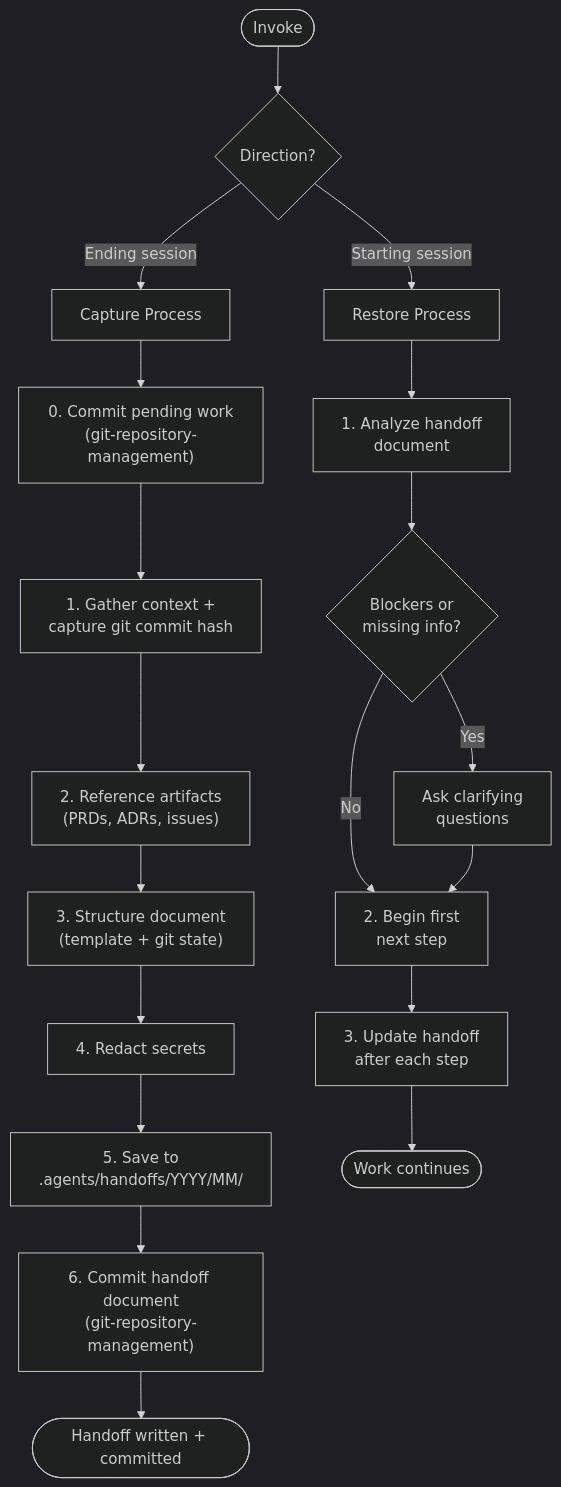
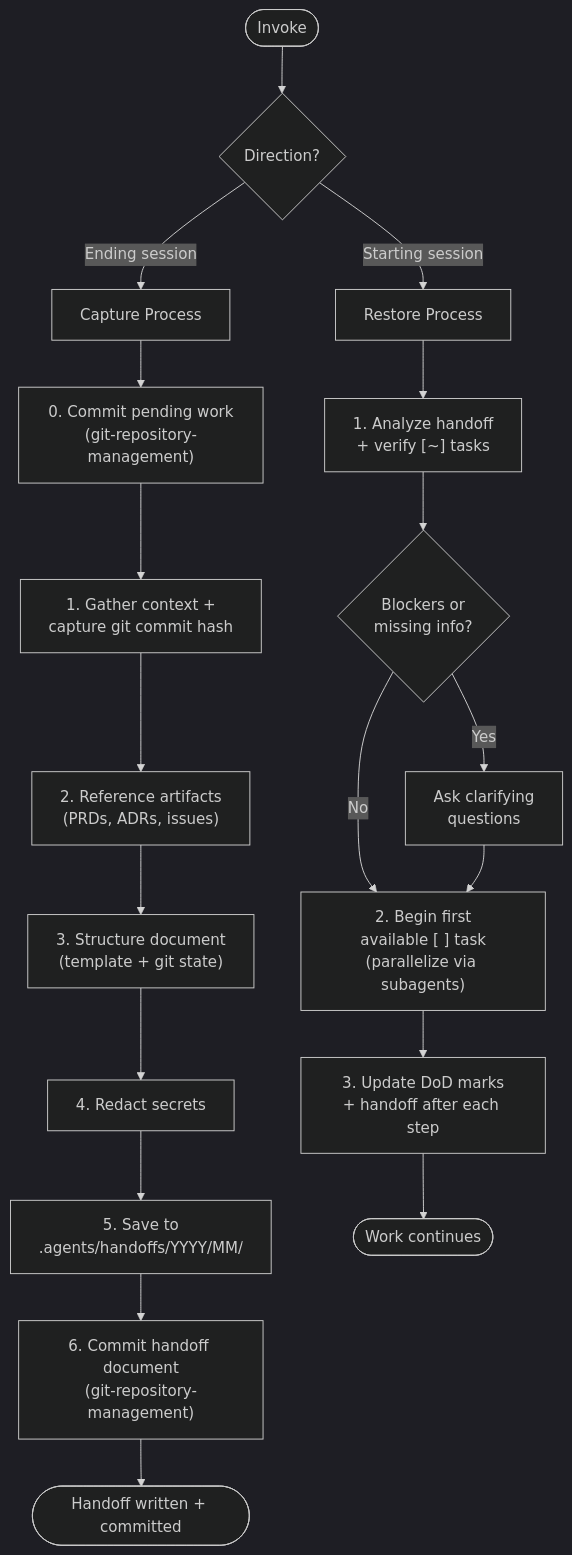
Before and after one commit to levonk/skills-releases: the diagram in skills/ai/handoff/INSTRUCTIONS.md, drawn with Mermaid (dark theme). The commit also changed other lines of this file and 84 other files, not shown here.

````diff
--- a/skills/ai/handoff/INSTRUCTIONS.md
+++ b/skills/ai/handoff/INSTRUCTIONS.md
@@ -1531,23 +1531,23 @@
 ```mermaid
 flowchart TD
     Start([Invoke]) --> Mode{"Direction?"}
     Mode -->|"Ending session"| Capture["Capture Process"]
     Mode -->|"Starting session"| Restore["Restore Process"]
 
     Capture --> C0["0. Commit pending work<br/>(git-repository-management)"]
     C0 --> C1["1. Gather context +<br/>capture git commit hash"]
     C1 --> C2["2. Reference artifacts<br/>(PRDs, ADRs, issues)"]
     C2 --> C3["3. Structure document<br/>(template + git state)"]
     C3 --> C4["4. Redact secrets"]
     C4 --> C5["5. Save to<br/>.agents/handoffs/YYYY/MM/"]
     C5 --> C6["6. Commit handoff document<br/>(git-repository-management)"]
     C6 --> DoneCapture([Handoff written + committed])
 
-    Restore --> R1["1. Analyze handoff<br/>document"]
+    Restore --> R1["1. Analyze handoff<br/>+ verify [~] tasks"]
     R1 --> R2{"Blockers or<br/>missing info?"}
     R2 -->|"Yes"| Ask["Ask clarifying<br/>questions"]
-    R2 -->|"No"| R3["2. Begin first<br/>next step"]
+    R2 -->|"No"| R3["2. Begin first<br/>available [ ] task<br/>(parallelize via subagents)"]
     Ask --> R3
-    R3 --> R4["3. Update handoff<br/>after each step"]
+    R3 --> R4["3. Update DoD marks<br/>+ handoff after each step"]
     R4 --> DoneRestore([Work continues])
 ```
````
